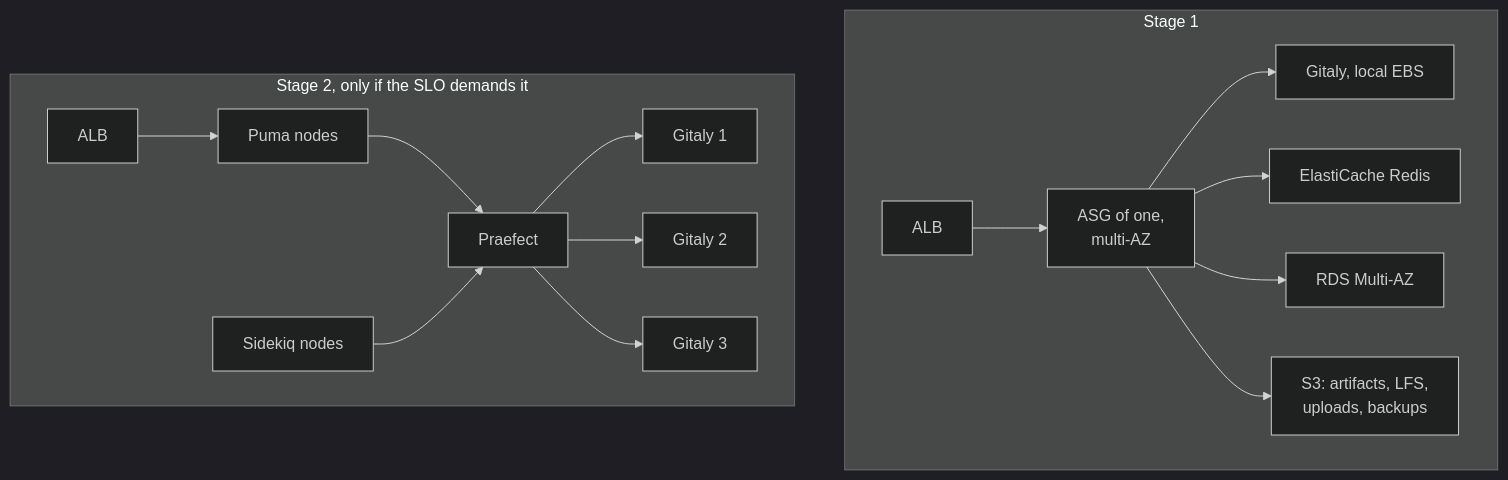
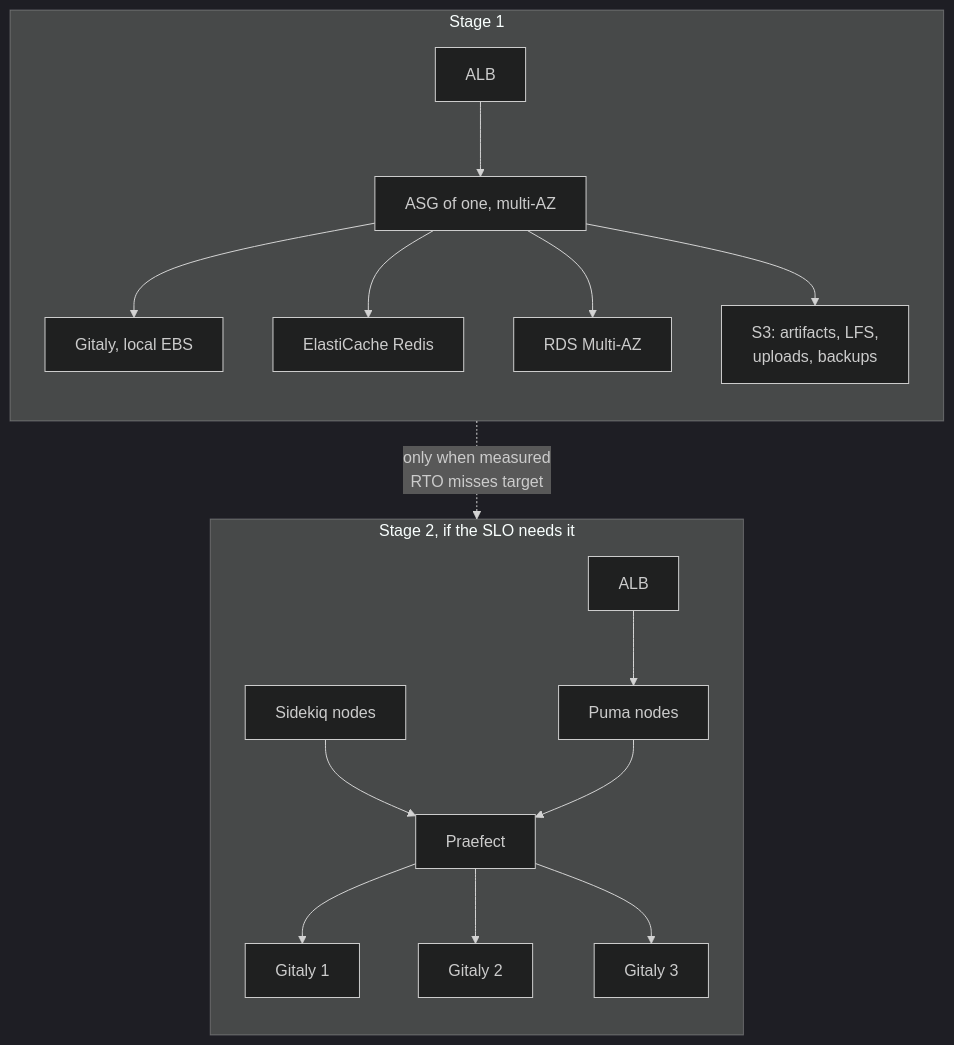
Before and after one commit to luciantanase14/aws-gitlab-resilience: the diagram in README.md, drawn with Mermaid (dark theme). The commit also changed other lines of this file and 4 other files, not shown here.

````diff
--- a/README.md
+++ b/README.md
@@ -24,19 +17,21 @@
 ```mermaid
 flowchart TB
   subgraph s1["Stage 1"]
-    alb["ALB"] --> asg["ASG of one,<br/>multi-AZ"]
+    direction TB
+    alb["ALB"] --> asg["ASG of one, multi-AZ"]
     asg --> gitaly["Gitaly, local EBS"]
     asg --> redis["ElastiCache Redis"]
     asg --> rds["RDS Multi-AZ"]
     asg --> s3["S3: artifacts, LFS,<br/>uploads, backups"]
   end
-
-  subgraph s2["Stage 2, only if the SLO demands it"]
+  subgraph s2["Stage 2, if the SLO needs it"]
+    direction TB
     alb2["ALB"] --> web["Puma nodes"]
-    web --> praefect["Praefect"]
+    sidekiq["Sidekiq nodes"] --> praefect["Praefect"]
+    web --> praefect
     praefect --> g1["Gitaly 1"]
     praefect --> g2["Gitaly 2"]
     praefect --> g3["Gitaly 3"]
-    sidekiq["Sidekiq nodes"] --> praefect
   end
+  s1 -.->|only when measured<br/>RTO misses target| s2
 ```
````
